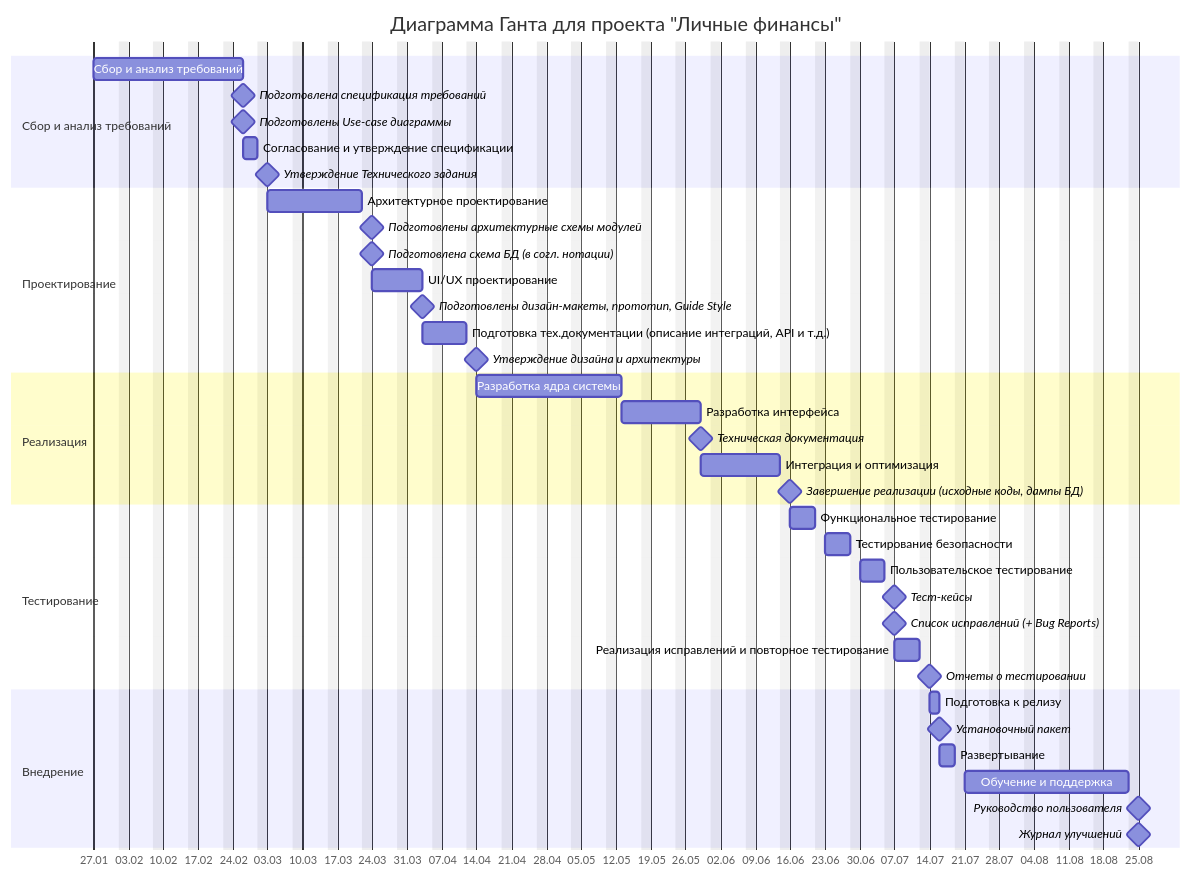
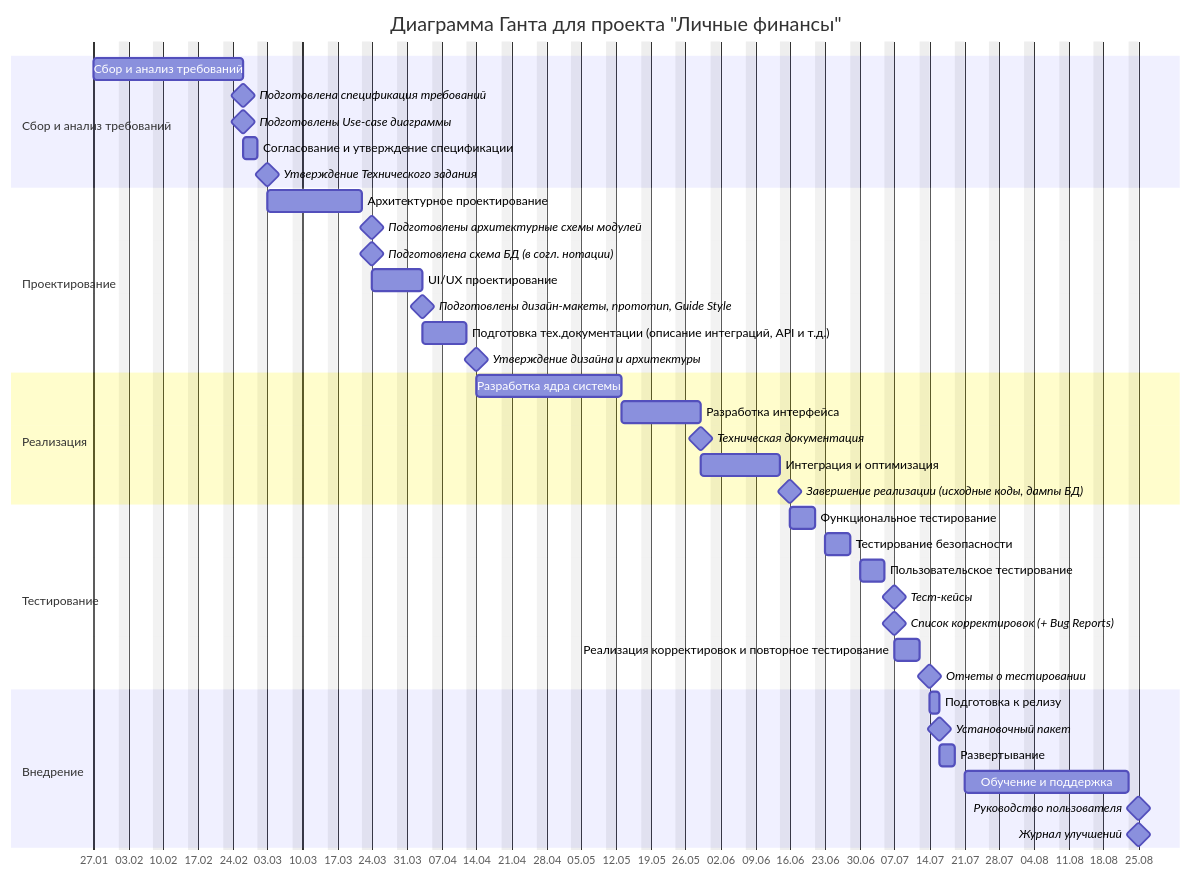
One commit to kievsan/pipelineDevelopment changed the diagram in hw_1/project1.md. Above: the diagram before and after it, drawn with Mermaid. The commit also changed other lines of this file, not shown here.

````diff
--- a/hw_1/project1.md
+++ b/hw_1/project1.md
@@ -186,54 +186,54 @@
 ```mermaid
 %%{init: {'theme': 'default'}}%%
 gantt
     dateFormat YYYY-MM-DD
     axisFormat  %d.%m
     tickInterval 1week
     weekday monday
     excludes weekends
 
     title Диаграмма Ганта для проекта "Личные финансы"
 
     
 
     section Сбор и анализ требований
     Сбор и анализ требований    :a1, 2025-01-27, 22d
     Подготовлена спецификация требований    :milestone, m1, after a1, 0d
     Подготовлены Use-case диаграммы    :milestone, m1, after a1, 0d
     Согласование и утверждение спецификации  :a2, after a1, 3d
     Утверждение Технического задания    :milestone, m1, after a2, 0d
 
     section Проектирование
     Архитектурное проектирование    :b1, after m1, 15d
     Подготовлены архитектурные схемы модулей    :milestone, m2, after b1, 0d
     Подготовлена схема БД (в согл. нотации)    :milestone, m2, after b1, 0d
     UI/UX проектирование  :b2, after b1, 8d
     Подготовлены дизайн-макеты, прототип, Guide Style    :milestone, m2, after b2, 0d
     Подготовка тех.документации (описание интеграций, API и т.д.)  :b3, after b2, 1w
     Утверждение дизайна и архитектуры    :milestone, m2, after b3, 0d
 
     section Реализация
     Разработка ядра системы    :c1, after m2, 3w
     Разработка интерфейса  :c2, after c1, 12d
     Техническая документация    :milestone, m3, after c2, 0d
     Интеграция и оптимизация  :c3, after c2, 12d
     Завершение реализации (исходные коды, дампы БД)    :milestone, m3, after c3, 0d
 
     section Тестирование
     Функциональное тестирование    :d1, after m3, 5d
     Тестирование безопасности  :d2, after d1, 5d
     Пользовательское тестирование  :d3, after d2, 5d
     Тест-кейсы    :milestone, m4, after d3, 0d
-    Список исправлений (+ Bug Reports)    :milestone, m4, after d3, 0d
-    Реализация исправлений и повторное тестирование   :d4, after d3, 5d
+    Список корректировок (+ Bug Reports)    :milestone, m4, after d3, 0d
+    Реализация корректировок и повторное тестирование   :d4, after d3, 5d
     Отчеты о тестировании    :milestone, m4, after d4, 0d
 
     section Внедрение
     Подготовка к релизу    :e1, after m4, 2d
     Установочный пакет    :milestone, m5, after e1, 0d
     Развертывание  :e2, after e1, 3d
     Обучение и поддержка  :e3, after e2, 25d
     Руководство пользователя    :milestone, m5, after e3, 0d
     Журнал улучшений    :milestone, m5, after e3, 0d
 
 ```
````
